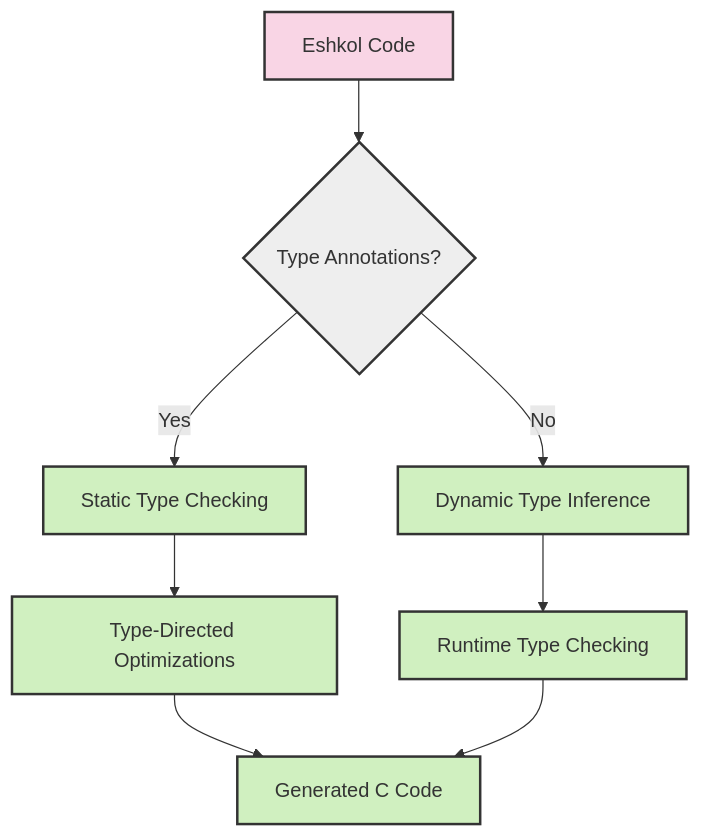
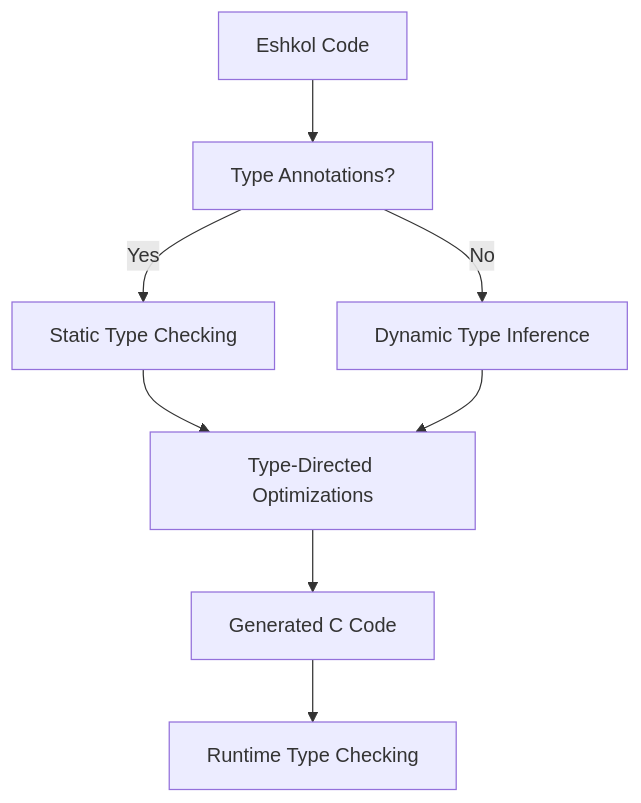
The diagram in docs/aidocs/TYPE_SYSTEM.md (tsotchke/eshkol), drawn with Mermaid before and after one commit. The commit also changed other lines of this file and 5 other files, not shown here.

````diff
--- a/docs/aidocs/TYPE_SYSTEM.md
+++ b/docs/aidocs/TYPE_SYSTEM.md
@@ -7,18 +17,10 @@
 ```mermaid
 graph TD
-    A[Eshkol Code] --> B{Type Annotations?}
+    A[Eshkol Code] --> B[Type Annotations?]
     B -->|Yes| C[Static Type Checking]
     B -->|No| D[Dynamic Type Inference]
     C --> E[Type-Directed Optimizations]
-    D --> F[Runtime Type Checking]
-    E --> G[Generated C Code]
-    F --> G
-    
-    style A fill:#f9d5e5,stroke:#333,stroke-width:2px
-    style B fill:#eeeeee,stroke:#333,stroke-width:2px
-    style C fill:#d0f0c0,stroke:#333,stroke-width:2px
-    style D fill:#d0f0c0,stroke:#333,stroke-width:2px
-    style E fill:#d0f0c0,stroke:#333,stroke-width:2px
-    style F fill:#d0f0c0,stroke:#333,stroke-width:2px
-    style G fill:#d0f0c0,stroke:#333,stroke-width:2px
+    D --> E
+    E --> F[Generated C Code]
+    F --> G[Runtime Type Checking]
 ```
````
